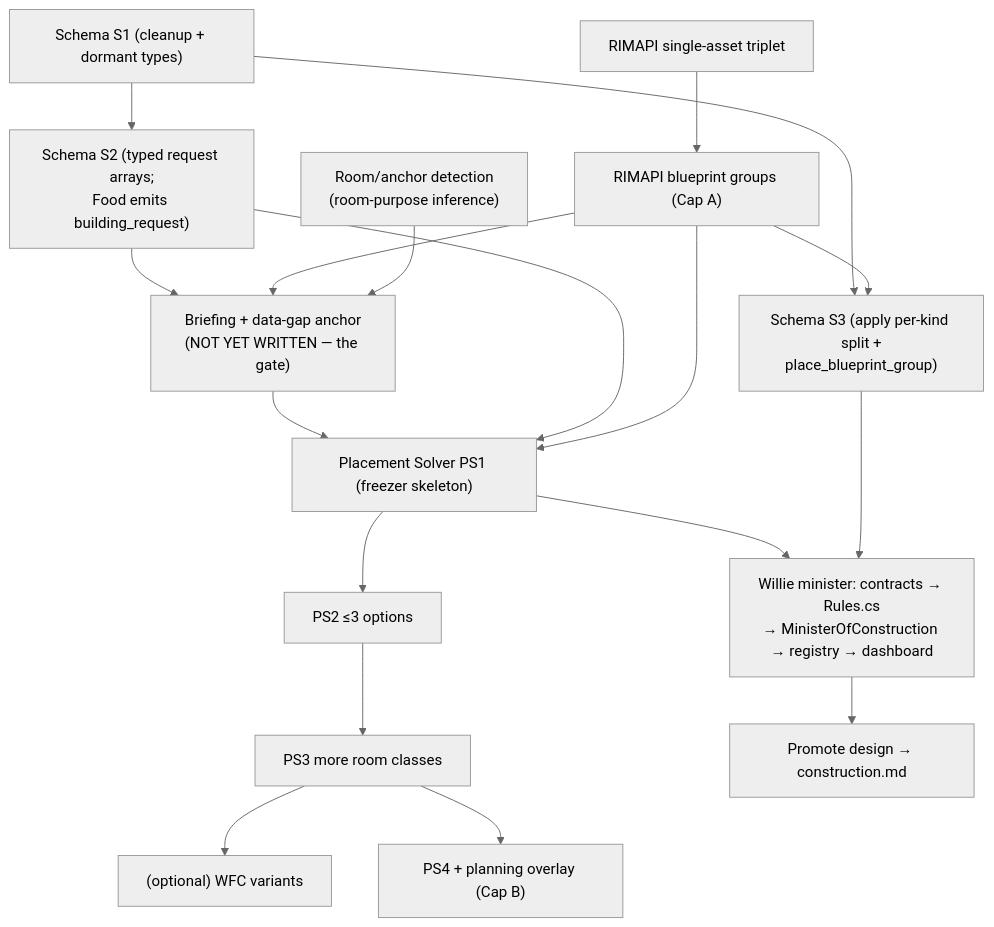
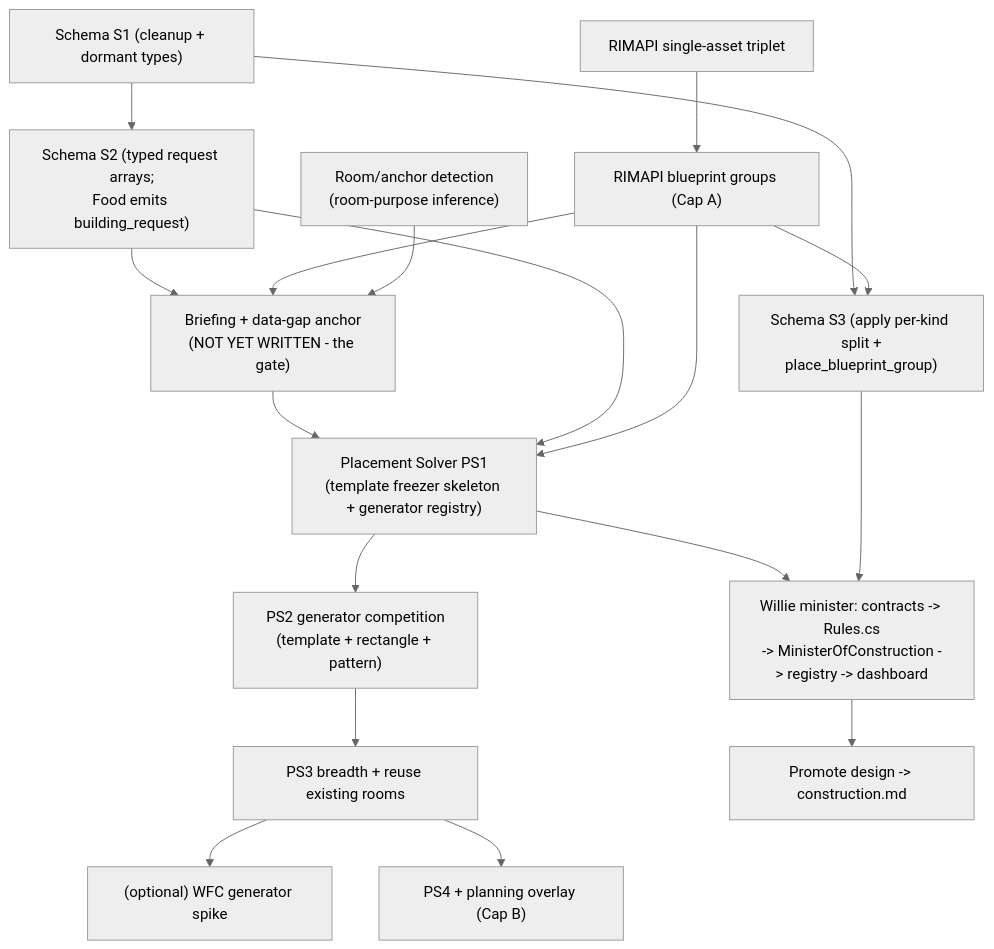
Before and after one commit to ocaspi-sc/RimBob: the diagram in .plans/willie-meta-plan.md, drawn with Mermaid (neutral theme). The commit also changed other lines of this file and 4 other files, not shown here.

First line of the commit message:
docs(construction): define placement scoring

````diff
--- a/.plans/willie-meta-plan.md
+++ b/.plans/willie-meta-plan.md
@@ -95,19 +139,19 @@
 ```mermaid
 flowchart TD
-  S1["Schema S1 (cleanup + dormant types)"] --> S2["Schema S2 (typed request arrays;\nFood emits building_request)"]
+  S1["Schema S1 (cleanup + dormant types)"] --> S2["Schema S2 (typed request arrays;<br/>Food emits building_request)"]
   FORK1["RIMAPI single-asset triplet"] --> FORK2["RIMAPI blueprint groups (Cap A)"]
-  S2 --> GATE["Briefing + data-gap anchor\n(NOT YET WRITTEN — the gate)"]
+  S2 --> GATE["Briefing + data-gap anchor<br/>(NOT YET WRITTEN - the gate)"]
   FORK2 --> GATE
-  ROOM["Room/anchor detection\n(room-purpose inference)"] --> GATE
-  GATE --> PS1["Placement Solver PS1 (freezer skeleton)"]
+  ROOM["Room/anchor detection<br/>(room-purpose inference)"] --> GATE
+  GATE --> PS1["Placement Solver PS1<br/>(template freezer skeleton + generator registry)"]
   S2 --> PS1
   FORK2 --> PS1
-  PS1 --> WILLIE["Willie minister: contracts → Rules.cs\n→ MinisterOfConstruction → registry → dashboard"]
-  S1 --> S3["Schema S3 (apply per-kind split +\nplace_blueprint_group)"]
+  PS1 --> WILLIE["Willie minister: contracts -> Rules.cs<br/>-> MinisterOfConstruction -> registry -> dashboard"]
+  S1 --> S3["Schema S3 (apply per-kind split +<br/>place_blueprint_group)"]
   FORK2 --> S3
   S3 --> WILLIE
-  PS1 --> PS2["PS2 ≤3 options"] --> PS3["PS3 more room classes"]
-  WILLIE --> PROMOTE["Promote design → construction.md"]
-  PS3 --> WFC["(optional) WFC variants"]
+  PS1 --> PS2["PS2 generator competition<br/>(template + rectangle + pattern)"] --> PS3["PS3 breadth + reuse existing rooms"]
+  WILLIE --> PROMOTE["Promote design -> construction.md"]
+  PS3 --> WFC["(optional) WFC generator spike"]
   PS3 --> PSB["PS4 + planning overlay (Cap B)"]
 ```
````
